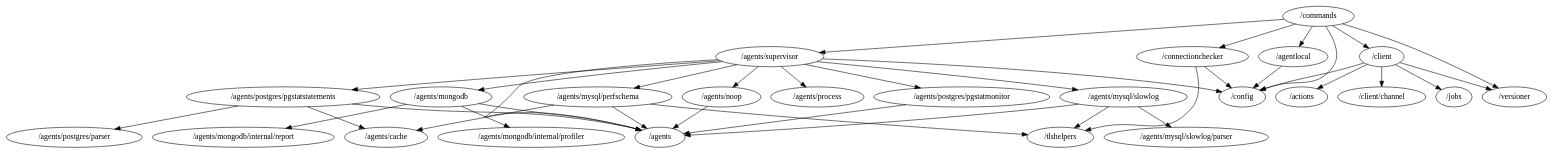
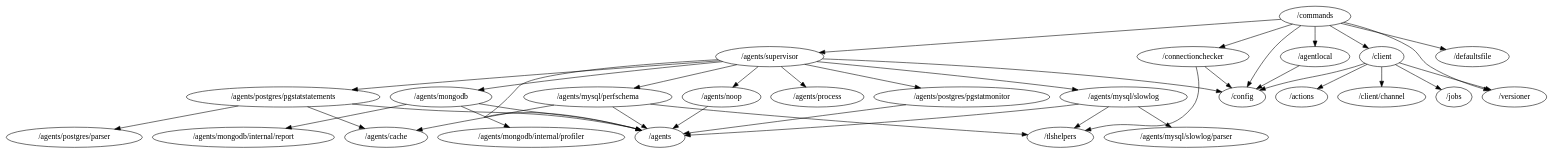
Before and after one commit to percona/pmm: the diagram in agent/packages.dot, drawn with Graphviz. The commit also changed 4 other files, not shown here.

```diff
--- a/agent/packages.dot
+++ b/agent/packages.dot
@@ -1,39 +1,40 @@
 digraph packages {
 	"/agentlocal" -> "/config";
 	"/agents/mongodb" -> "/agents";
 	"/agents/mongodb" -> "/agents/mongodb/internal/profiler";
 	"/agents/mongodb" -> "/agents/mongodb/internal/report";
 	"/agents/mysql/perfschema" -> "/agents";
 	"/agents/mysql/perfschema" -> "/agents/cache";
 	"/agents/mysql/perfschema" -> "/tlshelpers";
 	"/agents/mysql/slowlog" -> "/agents";
 	"/agents/mysql/slowlog" -> "/agents/mysql/slowlog/parser";
 	"/agents/mysql/slowlog" -> "/tlshelpers";
 	"/agents/noop" -> "/agents";
 	"/agents/postgres/pgstatmonitor" -> "/agents";
 	"/agents/postgres/pgstatstatements" -> "/agents";
 	"/agents/postgres/pgstatstatements" -> "/agents/cache";
 	"/agents/postgres/pgstatstatements" -> "/agents/postgres/parser";
 	"/agents/supervisor" -> "/agents";
 	"/agents/supervisor" -> "/agents/mongodb";
 	"/agents/supervisor" -> "/agents/mysql/perfschema";
 	"/agents/supervisor" -> "/agents/mysql/slowlog";
 	"/agents/supervisor" -> "/agents/noop";
 	"/agents/supervisor" -> "/agents/postgres/pgstatmonitor";
 	"/agents/supervisor" -> "/agents/postgres/pgstatstatements";
 	"/agents/supervisor" -> "/agents/process";
 	"/agents/supervisor" -> "/config";
 	"/client" -> "/actions";
 	"/client" -> "/client/channel";
 	"/client" -> "/config";
 	"/client" -> "/jobs";
 	"/client" -> "/versioner";
 	"/commands" -> "/agentlocal";
 	"/commands" -> "/agents/supervisor";
 	"/commands" -> "/client";
 	"/commands" -> "/config";
 	"/commands" -> "/connectionchecker";
+	"/commands" -> "/defaultsfile";
 	"/commands" -> "/versioner";
 	"/connectionchecker" -> "/config";
 	"/connectionchecker" -> "/tlshelpers";
 }
```
